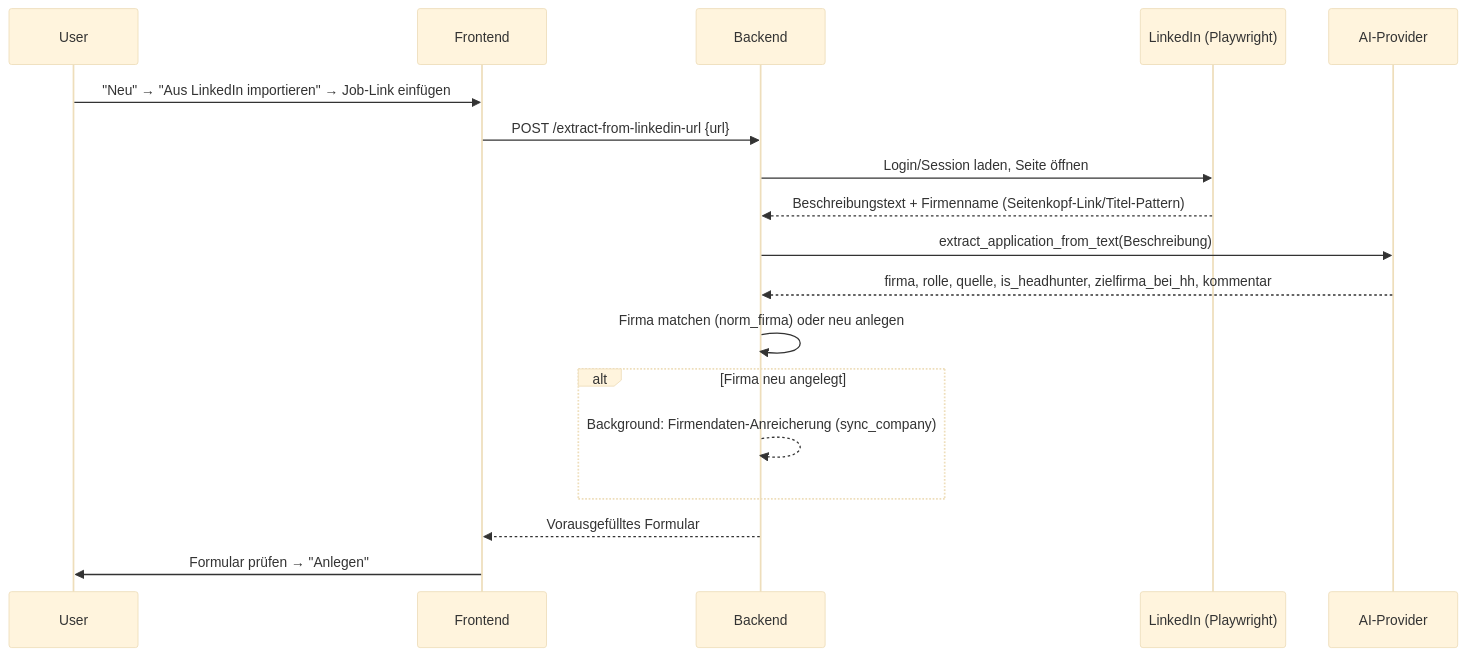
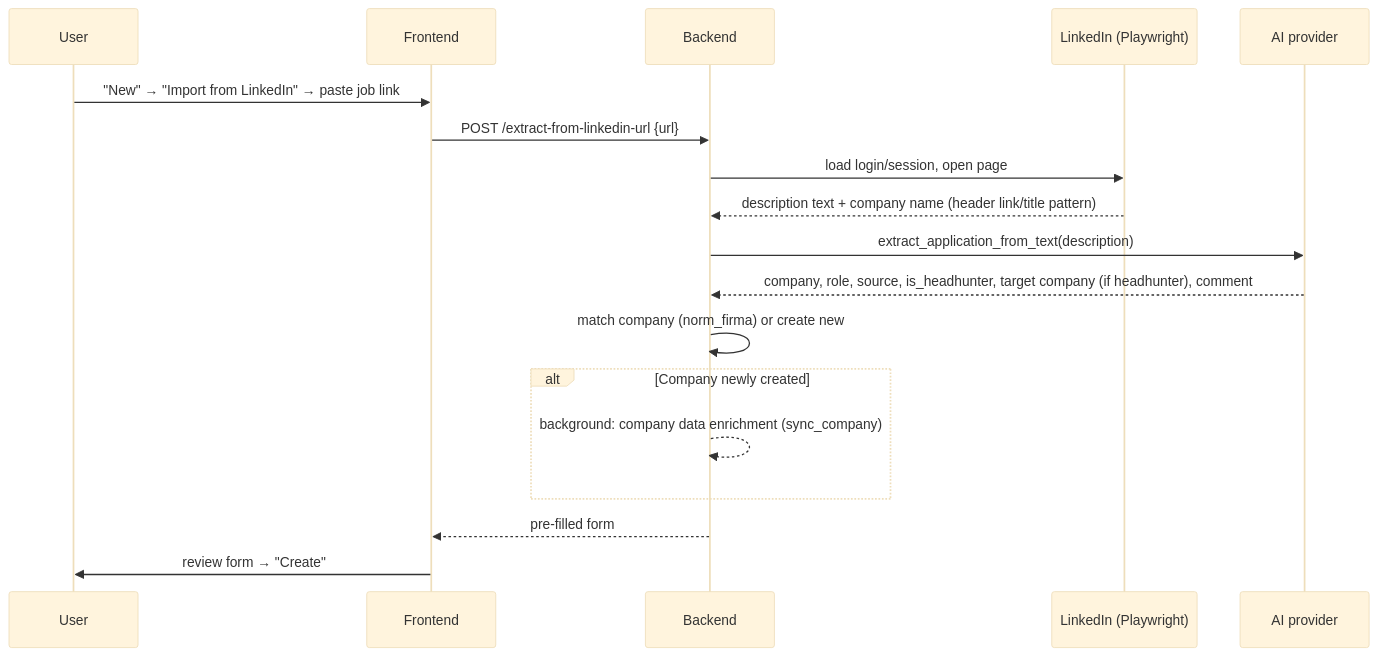
One commit to EGulinsky/rapport changed the fourth of 9 diagrams in docs/ARCHITECTURE.md. Above: the diagram before and after it, drawn with Mermaid (base theme). The commit also changed other lines of this file and 6 other files, not shown here.

````diff
--- a/docs/ARCHITECTURE.md
+++ b/docs/ARCHITECTURE.md
@@ -444,21 +444,21 @@
 ```mermaid
 sequenceDiagram
     participant U as User
     participant FE as Frontend
     participant BE as Backend
     participant LI as LinkedIn (Playwright)
-    participant AI as AI-Provider
+    participant AI as AI provider
 
-    U->>FE: "Neu" → "Aus LinkedIn importieren" → Job-Link einfügen
+    U->>FE: "New" → "Import from LinkedIn" → paste job link
     FE->>BE: POST /extract-from-linkedin-url {url}
-    BE->>LI: Login/Session laden, Seite öffnen
-    LI-->>BE: Beschreibungstext + Firmenname (Seitenkopf-Link/Titel-Pattern)
-    BE->>AI: extract_application_from_text(Beschreibung)
-    AI-->>BE: firma, rolle, quelle, is_headhunter, zielfirma_bei_hh, kommentar
-    BE->>BE: Firma matchen (norm_firma) oder neu anlegen
-    alt Firma neu angelegt
-        BE-->>BE: Background: Firmendaten-Anreicherung (sync_company)
+    BE->>LI: load login/session, open page
+    LI-->>BE: description text + company name (header link/title pattern)
+    BE->>AI: extract_application_from_text(description)
+    AI-->>BE: company, role, source, is_headhunter, target company (if headhunter), comment
+    BE->>BE: match company (norm_firma) or create new
+    alt Company newly created
+        BE-->>BE: background: company data enrichment (sync_company)
     end
-    BE-->>FE: Vorausgefülltes Formular
-    FE->>U: Formular prüfen → "Anlegen"
+    BE-->>FE: pre-filled form
+    FE->>U: review form → "Create"
 ```
````
